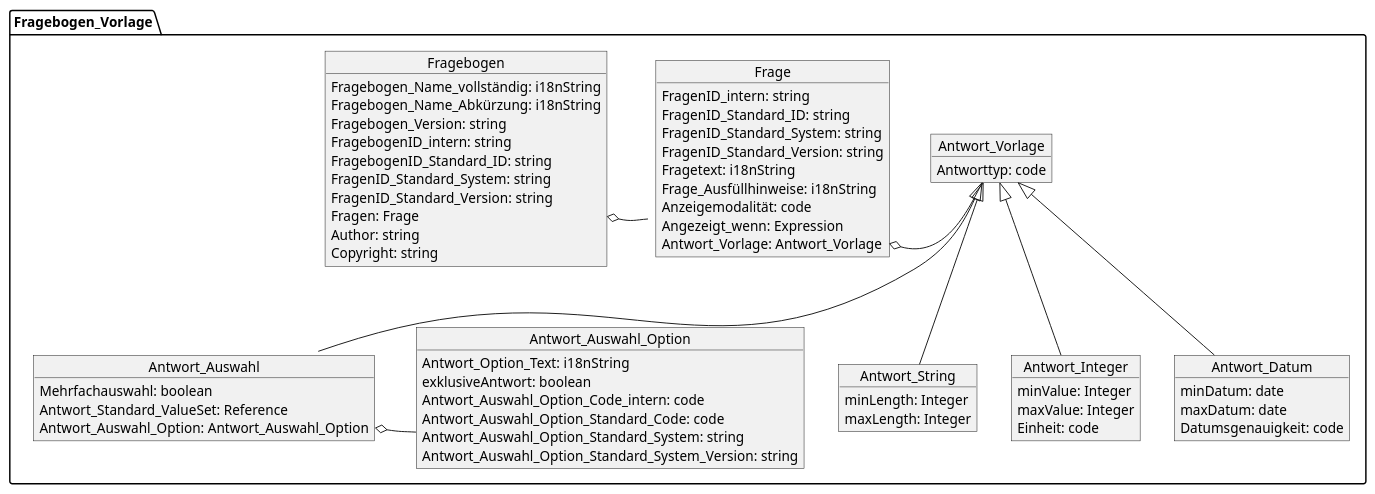
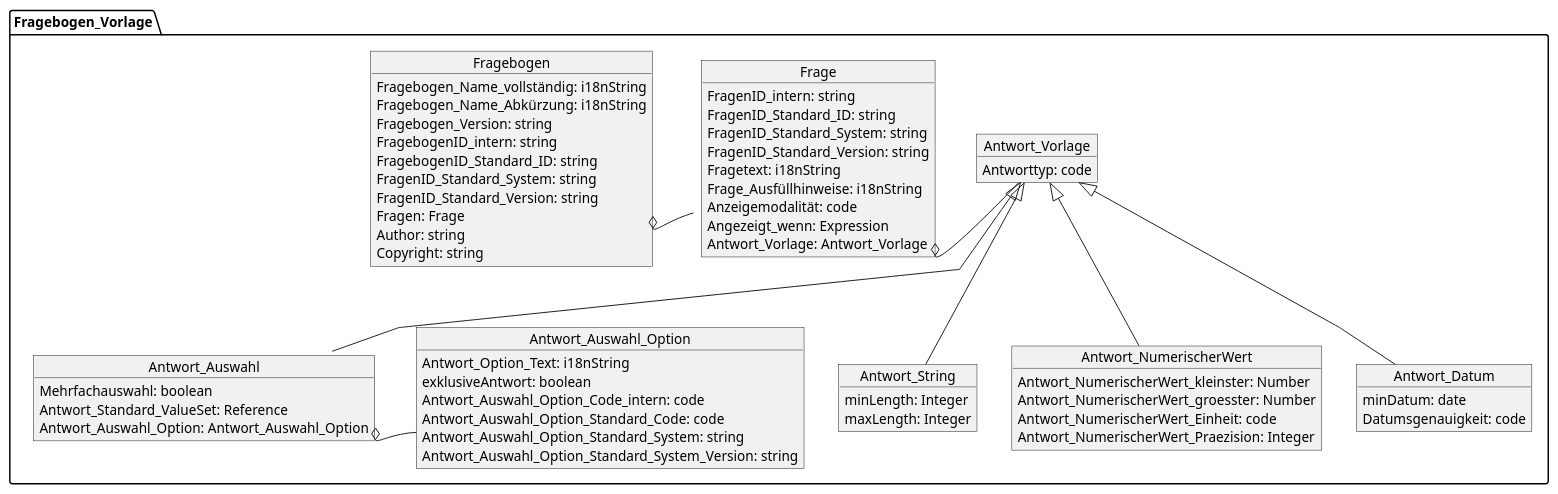
The diagram in input/Images/Logical_Model_UML_Questionnaire.pu (medizininformatik-initiative/kerndatensatzmodul-proms), drawn with PlantUML before and after one commit. The commit also changed other lines of this file and 3 other files, not shown here.

```diff
--- a/input/Images/Logical_Model_UML_Questionnaire.pu
+++ b/input/Images/Logical_Model_UML_Questionnaire.pu
@@ -1,79 +1,85 @@
 @startuml MII_PROMs_Fragebögen
+skinparam linetype ortho
+skinparam linetype polyline
+
+
 package Fragebogen_Vorlage {
     object Fragebogen {
         Fragebogen_Name_vollständig: i18nString
         Fragebogen_Name_Abkürzung: i18nString
         Fragebogen_Version: string
         FragebogenID_intern: string
         FragebogenID_Standard_ID: string
         FragenID_Standard_System: string
         FragenID_Standard_Version: string
         Fragen: Frage
         Author: string
 
         Copyright: string
 
 
     }
 
-    object Frage{
+    object Frage{ 
         FragenID_intern: string
         FragenID_Standard_ID: string
         FragenID_Standard_System: string
         FragenID_Standard_Version: string
         Fragetext: i18nString
         Frage_Ausfüllhinweise: i18nString
         Anzeigemodalität: code
         Angezeigt_wenn: Expression
         Antwort_Vorlage: Antwort_Vorlage
 
     }
 
-    Fragebogen::Frage o-right- Frage
+    Fragebogen::Frage o--right--- Frage
 
     object Antwort_Vorlage {
         Antworttyp: code
     }
     Frage::Antwort_Vorlage  o-right-- Antwort_Vorlage
 
     object Antwort_String {
         minLength: Integer
         maxLength: Integer
     }
     Antwort_Vorlage <|-down- Antwort_String
 
     object Antwort_Auswahl {
         Mehrfachauswahl: boolean
         Antwort_Standard_ValueSet: Reference
         Antwort_Auswahl_Option: Antwort_Auswahl_Option
     }
     object Antwort_Auswahl_Option {
         Antwort_Option_Text: i18nString
         exklusiveAntwort: boolean
         Antwort_Auswahl_Option_Code_intern: code
         Antwort_Auswahl_Option_Standard_Code: code
         Antwort_Auswahl_Option_Standard_System: string
         Antwort_Auswahl_Option_Standard_System_Version: string
 
     }
 
     Antwort_Vorlage <|-down- Antwort_Auswahl
     Antwort_Auswahl::Antwort_Auswahl_Option o-right- Antwort_Auswahl_Option
 
-    object Antwort_Integer {
-        minValue: Integer
-        maxValue: Integer
-        Einheit: code
+    object Antwort_NumerischerWert {
+        Antwort_NumerischerWert_kleinster: Number
+        Antwort_NumerischerWert_groesster: Number
+        Antwort_NumerischerWert_Einheit: code
+        Antwort_NumerischerWert_Praezision: Integer
+
     }
-    Antwort_Vorlage <|-down- Antwort_Integer
+    Antwort_Vorlage <|-down- Antwort_NumerischerWert 
+
 
     object Antwort_Datum {
         minDatum: date
-        maxDatum: date
         Datumsgenauigkeit: code
     }
     Antwort_Vorlage <|-down- Antwort_Datum
 
 }
 
 @enduml
```
